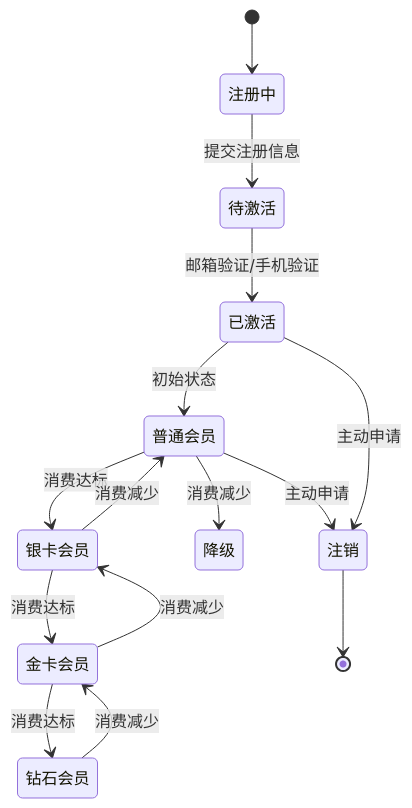
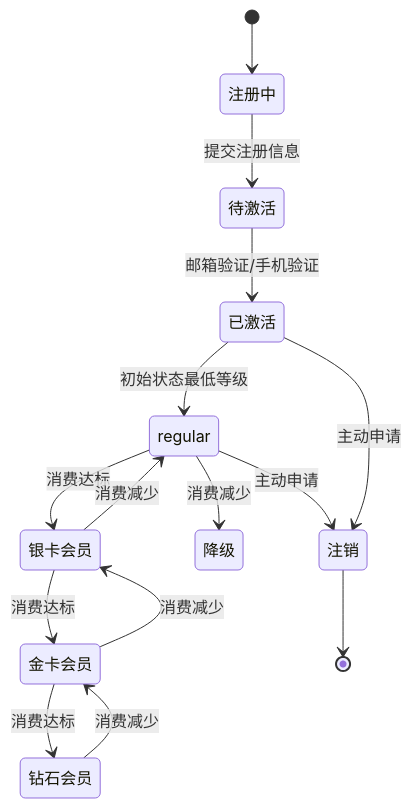
Before and after one commit to rc558620/purelyprofit-server: the fourth of 13 diagrams in .qoder/repowiki/zh/content/业务模块/会员管理模块/会员管理模块.md, drawn with Mermaid. The commit also changed other lines of this file and 18 other files, not shown here.

````diff
--- a/.qoder/repowiki/zh/content/业务模块/会员管理模块/会员管理模块.md
+++ b/.qoder/repowiki/zh/content/业务模块/会员管理模块/会员管理模块.md
@@ -296,17 +296,17 @@
 ```mermaid
 stateDiagram-v2
 [*] --> 注册中
 注册中 --> 待激活 : 提交注册信息
 待激活 --> 已激活 : 邮箱验证/手机验证
-已激活 --> 普通会员 : 初始状态
-普通会员 --> 银卡会员 : 消费达标
+已激活 --> regular : 初始状态最低等级
+regular --> 银卡会员 : 消费达标
 银卡会员 --> 金卡会员 : 消费达标
 金卡会员 --> 钻石会员 : 消费达标
-普通会员 --> 降级 : 消费减少
-银卡会员 --> 普通会员 : 消费减少
+regular --> 降级 : 消费减少
+银卡会员 --> regular : 消费减少
 金卡会员 --> 银卡会员 : 消费减少
 钻石会员 --> 金卡会员 : 消费减少
-普通会员 --> 注销 : 主动申请
+regular --> 注销 : 主动申请
 已激活 --> 注销 : 主动申请
 注销 --> [*]
 ```
````
